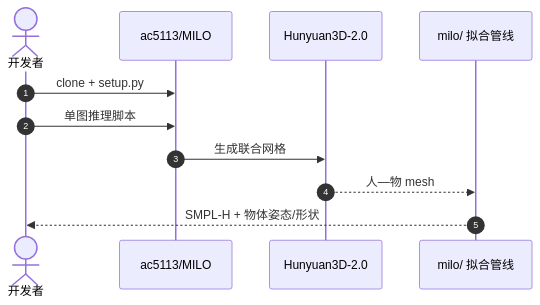
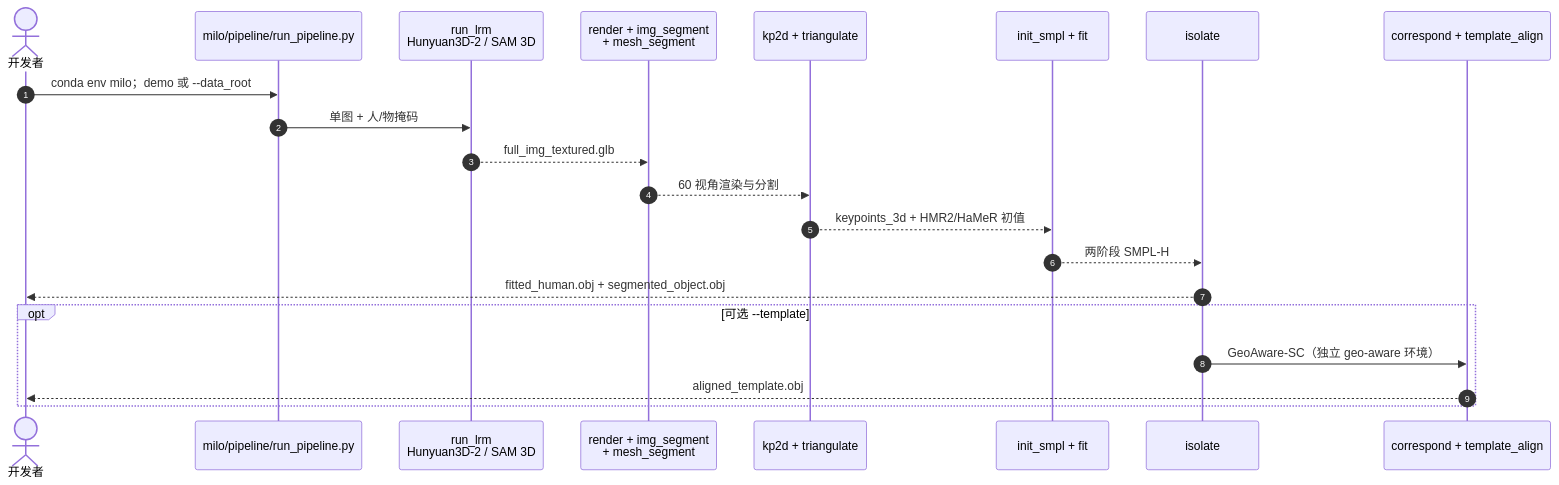
The second of 2 diagrams in wiki/entities/paper-milo.md (ImChong/Robotics_Notebooks), drawn with Mermaid before and after one commit. The commit also changed other lines of this file and 15 other files, not shown here.

Commit message:
[2026-09-05] ingest | sources/sites/ac5113-milo.md — 再核加深 LRM 单图 HOI 并核对 MIT 开源

````diff
--- a/wiki/entities/paper-milo.md
+++ b/wiki/entities/paper-milo.md
@@ -102,13 +96,23 @@
 ```mermaid
 sequenceDiagram
     autonumber
     actor Dev as 开发者
-    participant Repo as ac5113/MILO
-    participant LRM as Hunyuan3D-2.0
-    participant Fit as milo/ 拟合管线
-    Dev->>Repo: clone + setup.py
-    Dev->>Repo: 单图推理脚本
-    Repo->>LRM: 生成联合网格
-    LRM-->>Fit: 人—物 mesh
-    Fit-->>Dev: SMPL-H + 物体姿态/形状
+    participant Pipe as milo/pipeline/run_pipeline.py
+    participant LRM as run_lrm<br/>Hunyuan3D-2 / SAM 3D
+    participant Rend as render + img_segment<br/>+ mesh_segment
+    participant KP as kp2d + triangulate
+    participant Fit as init_smpl + fit
+    participant Iso as isolate
+    participant Tmpl as correspond + template_align
+    Dev->>Pipe: conda env milo；demo 或 --data_root
+    Pipe->>LRM: 单图 + 人/物掩码
+    LRM-->>Rend: full_img_textured.glb
+    Rend-->>KP: 60 视角渲染与分割
+    KP-->>Fit: keypoints_3d + HMR2/HaMeR 初值
+    Fit-->>Iso: 两阶段 SMPL-H
+    Iso-->>Dev: fitted_human.obj + segmented_object.obj
+    opt 可选 --template
+      Iso->>Tmpl: GeoAware-SC（独立 geo-aware 环境）
+      Tmpl-->>Dev: aligned_template.obj
+    end
 ```
````
